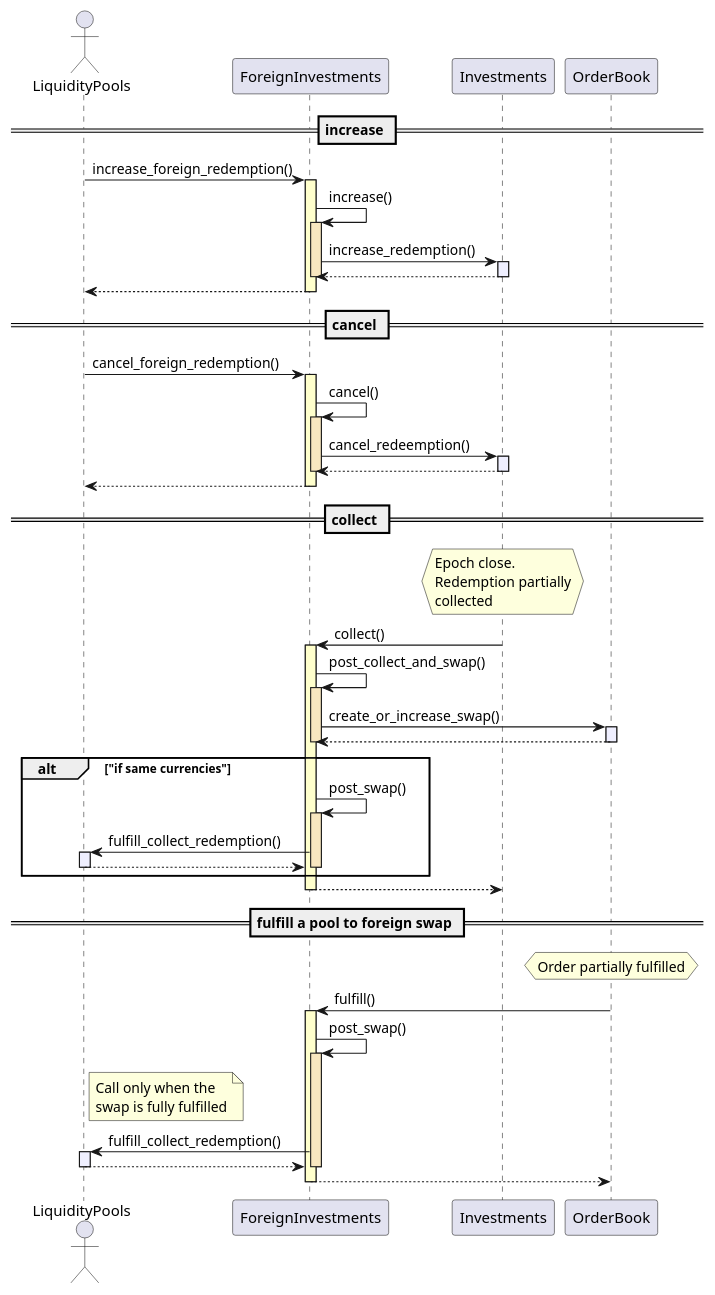
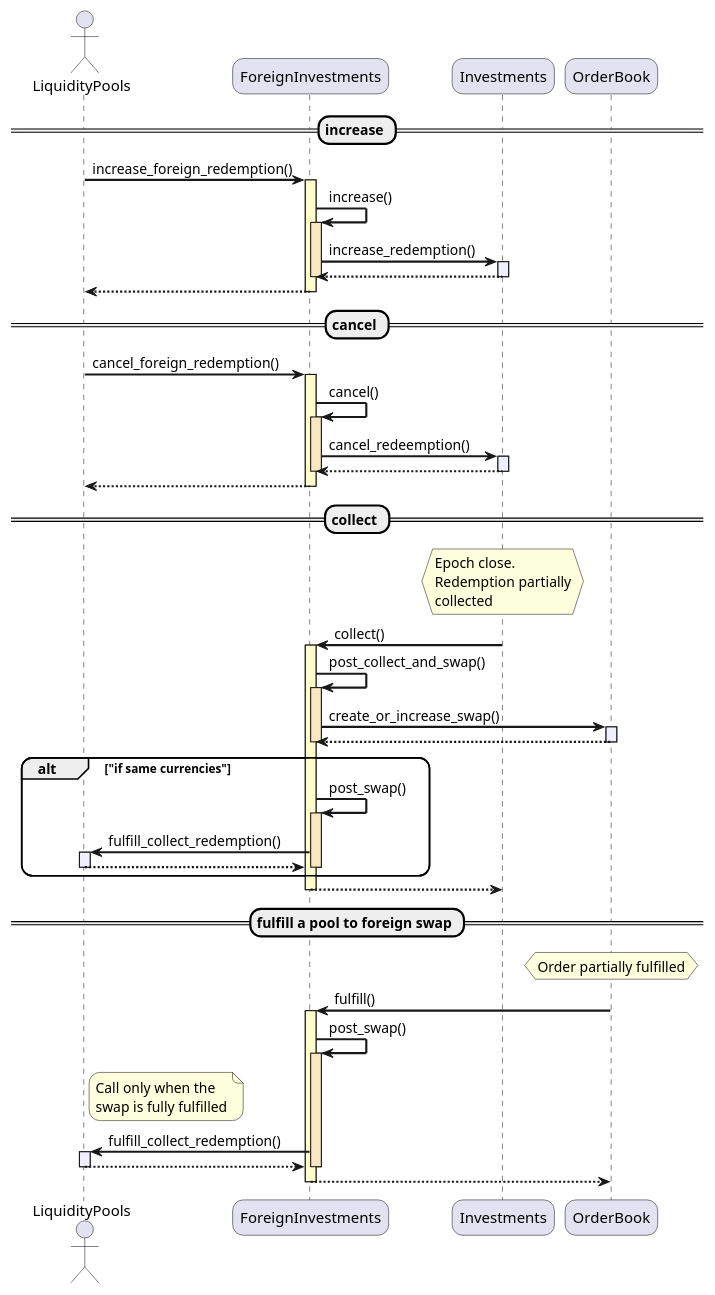
The third of 3 diagrams in pallets/foreign-investments/docs/sequences.md (centrifuge/centrifuge-chain), drawn with PlantUML before and after one commit. The commit also changed other lines of this file, not shown here.

Commit message:
add architecture diagram

````diff
--- a/pallets/foreign-investments/docs/sequences.md
+++ b/pallets/foreign-investments/docs/sequences.md
@@ -81,59 +133,60 @@
 ```plantuml
 @startuml
+skinparam sequenceArrowThickness 2
+skinparam roundcorner 20
 
 actor LiquidityPools as LP
 participant ForeignInvestments as FI
 participant Investments
 participant OrderBook
 
 == increase ==
 LP -> FI ++ #Business : increase_foreign_redemption()
 FI -> FI : increase()
 activate FI #Strategy
 FI -> Investments ++ #Motivation : increase_redemption()
 FI <-- Investments --
 deactivate FI
 LP <-- FI --
 
 == cancel ==
 LP -> FI ++ #Business : cancel_foreign_redemption()
 FI -> FI : cancel()
 activate FI #Strategy
 FI -> Investments ++ #Motivation : cancel_redeemption()
 FI <-- Investments --
 deactivate FI
 LP <-- FI --
 
 == collect ==
 hnote over Investments : Epoch close.\nRedemption partially\ncollected
 FI <- Investments ++ #Business : collect()
 FI -> FI : post_collect_and_swap()
 activate FI #Strategy
 FI -> OrderBook ++ #Motivation : create_or_increase_swap()
 FI <-- OrderBook --
 deactivate FI
 
 alt "if same currencies"
     FI -> FI : post_swap()
     activate FI #Strategy
     LP <- FI ++ #Motivation : fulfill_collect_redemption()
     LP --> FI --
     deactivate FI
 end
 
 FI --> Investments --
 
 == fulfill a pool to foreign swap ==
 hnote over OrderBook : Order partially fulfilled
 FI <- OrderBook ++ #Business : fulfill()
 FI -> FI : post_swap()
 activate FI #Strategy
 note right of LP : Call only when the\nswap is fully fulfilled
 LP <- FI ++ #Motivation : fulfill_collect_redemption()
 LP --> FI --
 deactivate FI
 FI --> OrderBook --
 
-
 @enduml
 ```
````
